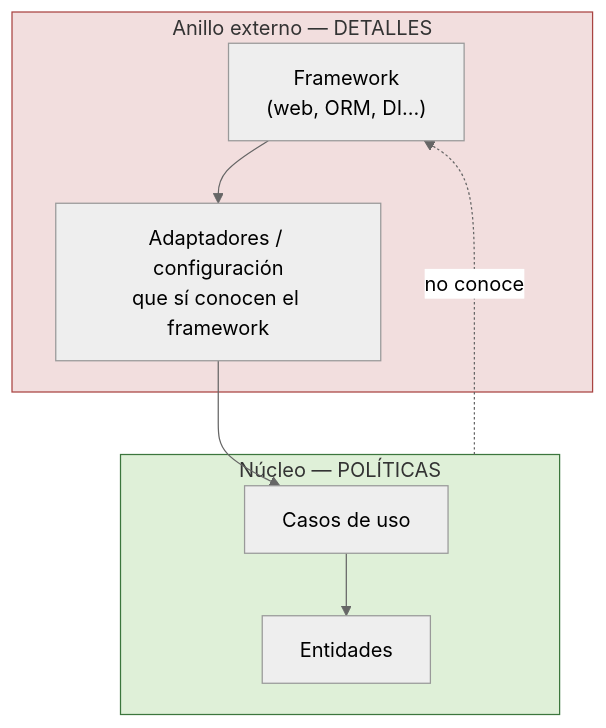
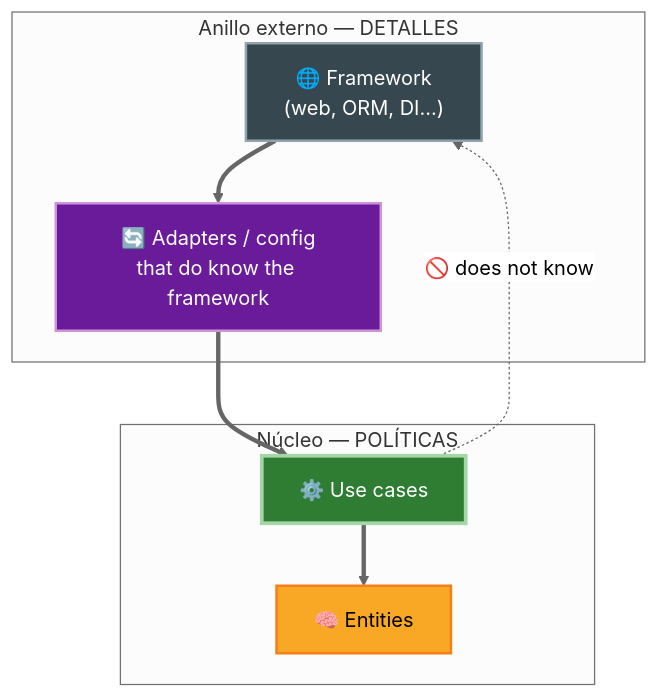
The second of 2 diagrams in 11-detalles-aplazables/03-los-frameworks-son-detalles.md (JavierMachucaA/clean-architecture-guia), drawn with Mermaid (neutral theme) before and after one commit. The commit also changed other lines of this file and 45 other files, not shown here.

````diff
--- a/11-detalles-aplazables/03-los-frameworks-son-detalles.md
+++ b/11-detalles-aplazables/03-los-frameworks-son-detalles.md
@@ -36,17 +38,19 @@
 ```mermaid
 flowchart TD
     subgraph EXTERNO["Anillo externo — DETALLES"]
-      FW["Framework<br/>(web, ORM, DI...)"]
-      ADAP["Adaptadores / configuración<br/>que sí conocen el framework"]
+      FW["🌐 Framework<br/>(web, ORM, DI...)"]
+      ADAP["🔄 Adapters / config<br/>that do know the framework"]
     end
     subgraph NUCLEO["Núcleo — POLÍTICAS"]
-      UC["Casos de uso"]
-      ENT["Entidades"]
+      UC["⚙️ Use cases"]
+      ENT["🧠 Entities"]
     end
-    FW --> ADAP
-    ADAP --> UC
-    UC --> ENT
-    NUCLEO -. no conoce .-> FW
-    style NUCLEO fill:#dff0d8,stroke:#3c763d
-    style EXTERNO fill:#f2dede,stroke:#a94442
+    FW ==> ADAP
+    ADAP ==> UC
+    UC ==> ENT
+    UC -. 🚫 does not know .-> FW
+    style FW fill:#37474f,stroke:#90a4ae,color:#fff,stroke-width:2px
+    style ADAP fill:#6a1b9a,stroke:#ce93d8,color:#fff,stroke-width:2px
+    style UC fill:#2e7d32,stroke:#a5d6a7,color:#fff,stroke-width:3px
+    style ENT fill:#f9a825,stroke:#f57f17,color:#000,stroke-width:2px
 ```
````
